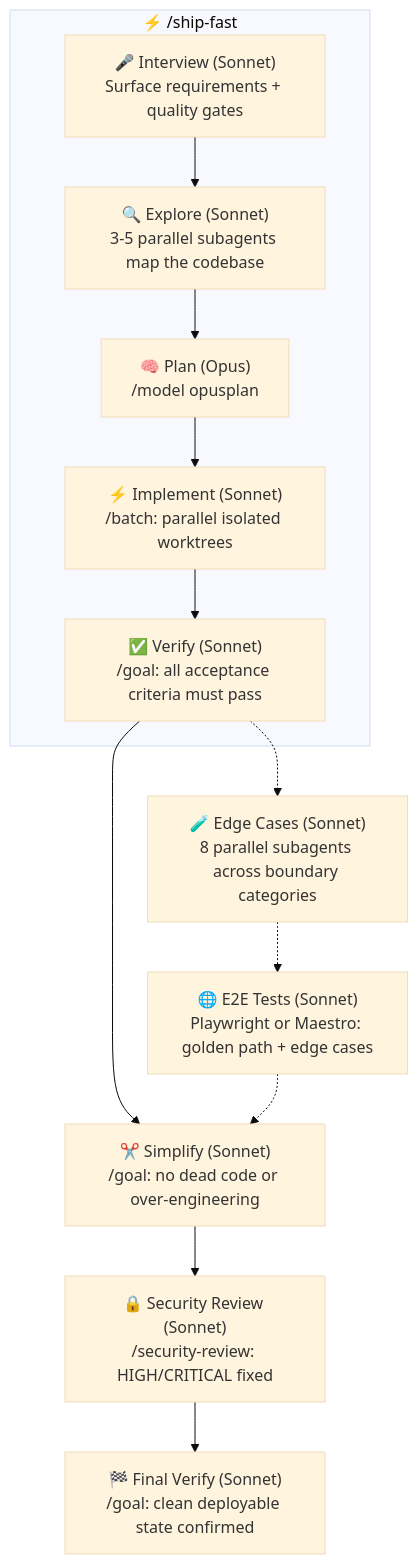
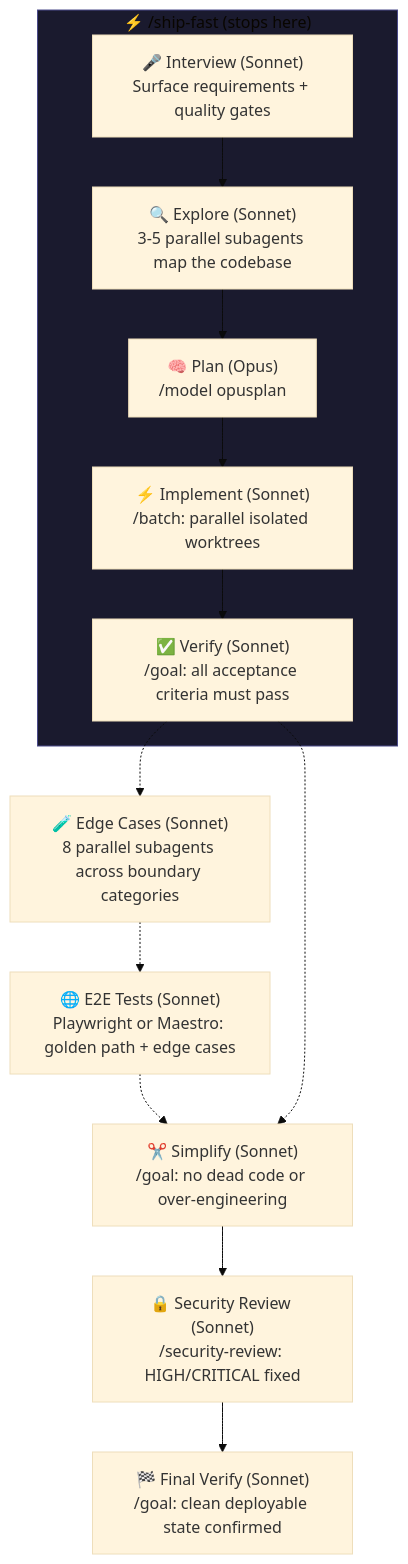
One commit to amajorai/ship.md changed the diagram in README.md. Above: the diagram before and after it, drawn with Mermaid (base theme). The commit also changed other lines of this file and 2 other files, not shown here.

First line of the commit message:
docs: fix mermaid diagram and document GitHub deployment checks feature

````diff
--- a/README.md
+++ b/README.md
@@ -28,15 +28,17 @@
 ```mermaid
 flowchart TD
-    subgraph sf["⚡ /ship-fast"]
+    subgraph sf["⚡ /ship-fast  (stops here)"]
         A["🎤 Interview (Sonnet)\nSurface requirements + quality gates"] --> B["🔍 Explore (Sonnet)\n3-5 parallel subagents map the codebase"]
         B --> C["🧠 Plan (Opus)\n/model opusplan"]
         C --> D["⚡ Implement (Sonnet)\n/batch: parallel isolated worktrees"]
         D --> E["✅ Verify (Sonnet)\n/goal: all acceptance criteria must pass"]
     end
-    E --> H["✂️ Simplify (Sonnet)\n/goal: no dead code or over-engineering"]
     E -.-> F["🧪 Edge Cases (Sonnet)\n8 parallel subagents across boundary categories"]
     F -.-> G["🌐 E2E Tests (Sonnet)\nPlaywright or Maestro: golden path + edge cases"]
-    G -.-> H
+    G -.-> H["✂️ Simplify (Sonnet)\n/goal: no dead code or over-engineering"]
+    E -.-> H
     H --> I["🔒 Security Review (Sonnet)\n/security-review: HIGH/CRITICAL fixed"]
     I --> J["🏁 Final Verify (Sonnet)\n/goal: clean deployable state confirmed"]
+
+    style sf fill:#1a1a2e,stroke:#4a4a8a
 ```
````
